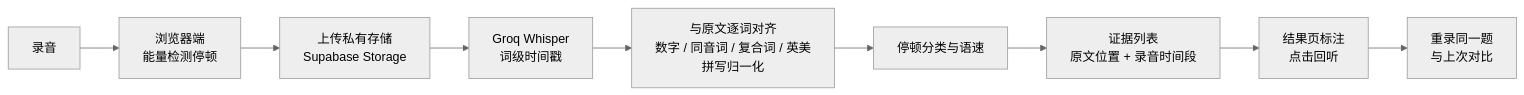
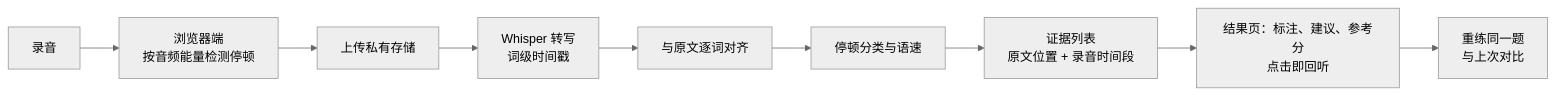
Before and after one commit to Liyilin66/kai-kou: the diagram in README.md, drawn with Mermaid (neutral theme). The commit also changed other lines of this file and 4 other files, not shown here.

````diff
--- a/README.md
+++ b/README.md
@@ -27,11 +25,11 @@
 ```mermaid
 flowchart LR
-    A["录音"] --> B["浏览器端<br/>能量检测停顿"]
-    B --> C["上传私有存储<br/>Supabase Storage"]
-    C --> D["Groq Whisper<br/>词级时间戳"]
-    D --> E["与原文逐词对齐<br/>数字 / 同音词 / 复合词 / 英美拼写归一化"]
+    A["录音"] --> B["浏览器端<br/>按音频能量检测停顿"]
+    B --> C["上传私有存储"]
+    C --> D["Whisper 转写<br/>词级时间戳"]
+    D --> E["与原文逐词对齐"]
     E --> F["停顿分类与语速"]
     F --> G["证据列表<br/>原文位置 + 录音时间段"]
-    G --> H["结果页标注<br/>点击回听"]
-    H --> I["重录同一题<br/>与上次对比"]
+    G --> H["结果页：标注、建议、参考分<br/>点击即回听"]
+    H --> I["重练同一题<br/>与上次对比"]
 ```
````
